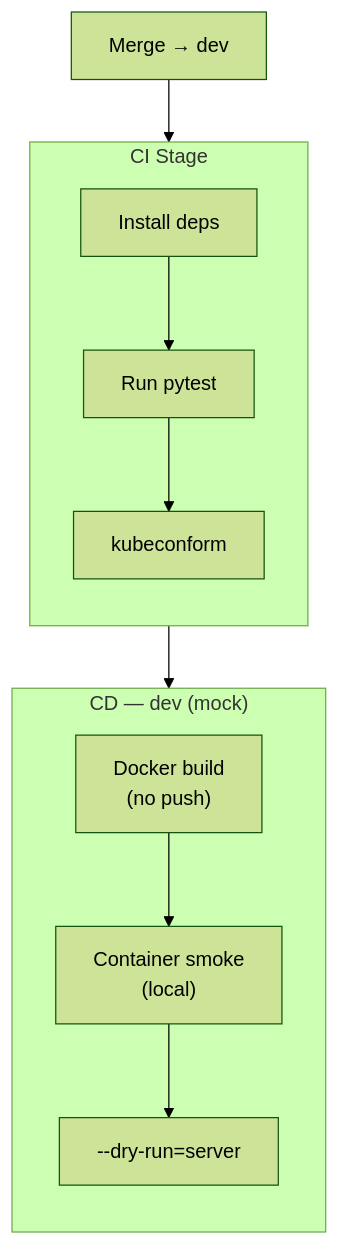
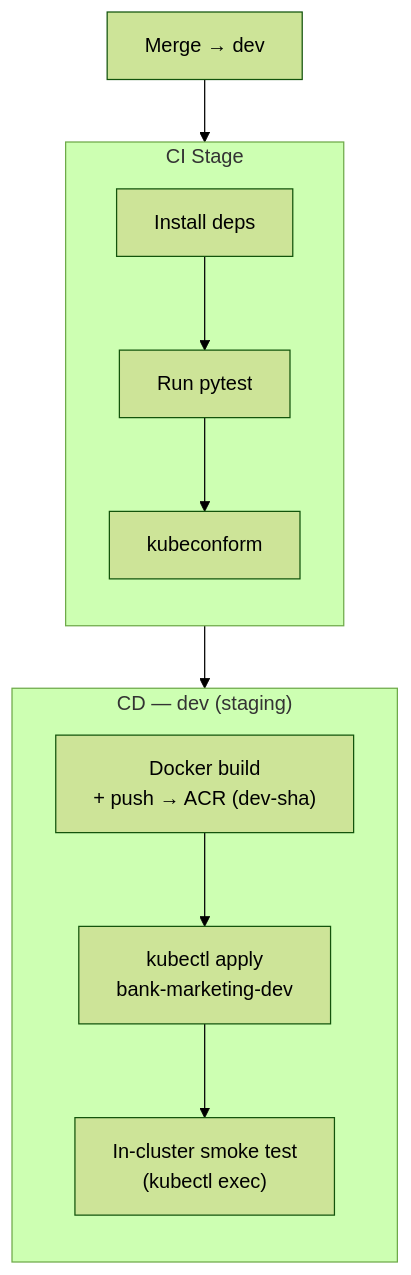
Before and after one commit to Annemarie-Bester/marketing-model-mlops-azure: the second of 4 diagrams in docs/ci-cd-pipeline.md, drawn with Mermaid (forest theme). The commit also changed other lines of this file and 6 other files, not shown here.

````diff
--- a/docs/ci-cd-pipeline.md
+++ b/docs/ci-cd-pipeline.md
@@ -34,22 +34,22 @@
 ```mermaid
 flowchart TD
     DEV_MERGE["Merge → dev"] --> CI_DEV
 
     subgraph CI_DEV["CI Stage"]
         direction TB
         D_INSTALL["Install deps"]
         D_TEST["Run pytest"]
         D_K8S["kubeconform"]
         D_INSTALL --> D_TEST --> D_K8S
     end
 
-    subgraph CD_DEV["CD — dev (mock)"]
+    subgraph CD_DEV["CD — dev (staging)"]
         direction TB
-        DEV_BUILD["Docker build\n(no push)"]
-        DEV_SMOKE["Container smoke\n(local)"]
-        DEV_DRY["--dry-run=server"]
-        DEV_BUILD --> DEV_SMOKE --> DEV_DRY
+        DEV_BUILD["Docker build\n+ push → ACR (dev-sha)"]
+        DEV_DEPLOY["kubectl apply\nbank-marketing-dev"]
+        DEV_SMOKE["In-cluster smoke test\n(kubectl exec)"]
+        DEV_BUILD --> DEV_DEPLOY --> DEV_SMOKE
     end
 
     CI_DEV --> CD_DEV
 ```
````
